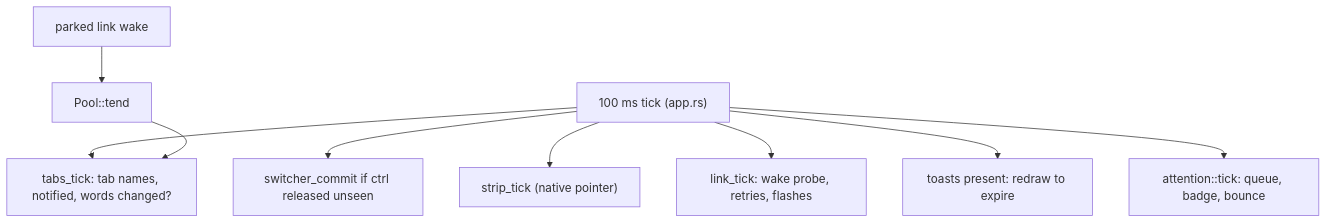
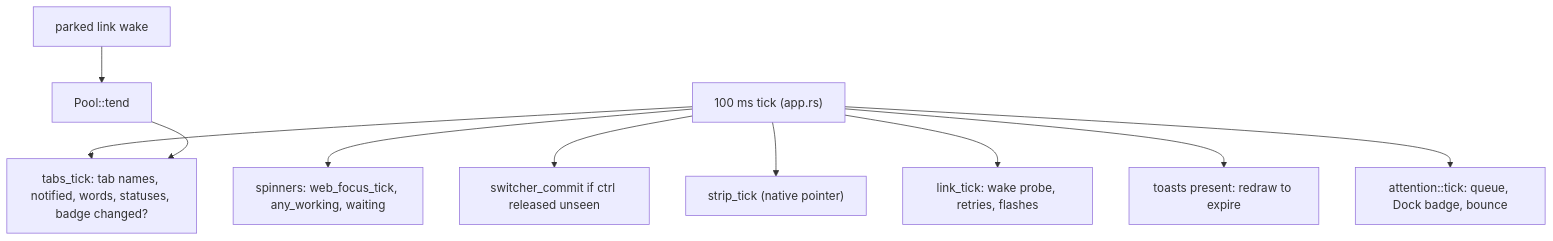
The third of 3 diagrams in docs/wiki/client-chrome.md (mariusae/apex), drawn with Mermaid before and after one commit. The commit also changed other lines of this file and 137 other files, not shown here.

````diff
--- a/docs/wiki/client-chrome.md
+++ b/docs/wiki/client-chrome.md
@@ -293,11 +334,12 @@
 ```mermaid
 flowchart TD
-    T["100 ms tick (app.rs)"] --> SW["switcher_commit if ctrl released unseen"]
+    T["100 ms tick (app.rs)"] --> SP["spinners: web_focus_tick, any_working, waiting"]
+    T --> SW["switcher_commit if ctrl released unseen"]
     T --> ST["strip_tick (native pointer)"]
-    T --> TB["tabs_tick: tab names, notified, words changed?"]
+    T --> TB["tabs_tick: tab names, notified, words, statuses, badge changed?"]
     T --> LK["link_tick: wake probe, retries, flashes"]
     T --> TO["toasts present: redraw to expire"]
-    T --> AT["attention::tick: queue, badge, bounce"]
+    T --> AT["attention::tick: queue, Dock badge, bounce"]
     PW["parked link wake"] --> TE["Pool::tend"]
     TE --> TB
 ```
````
